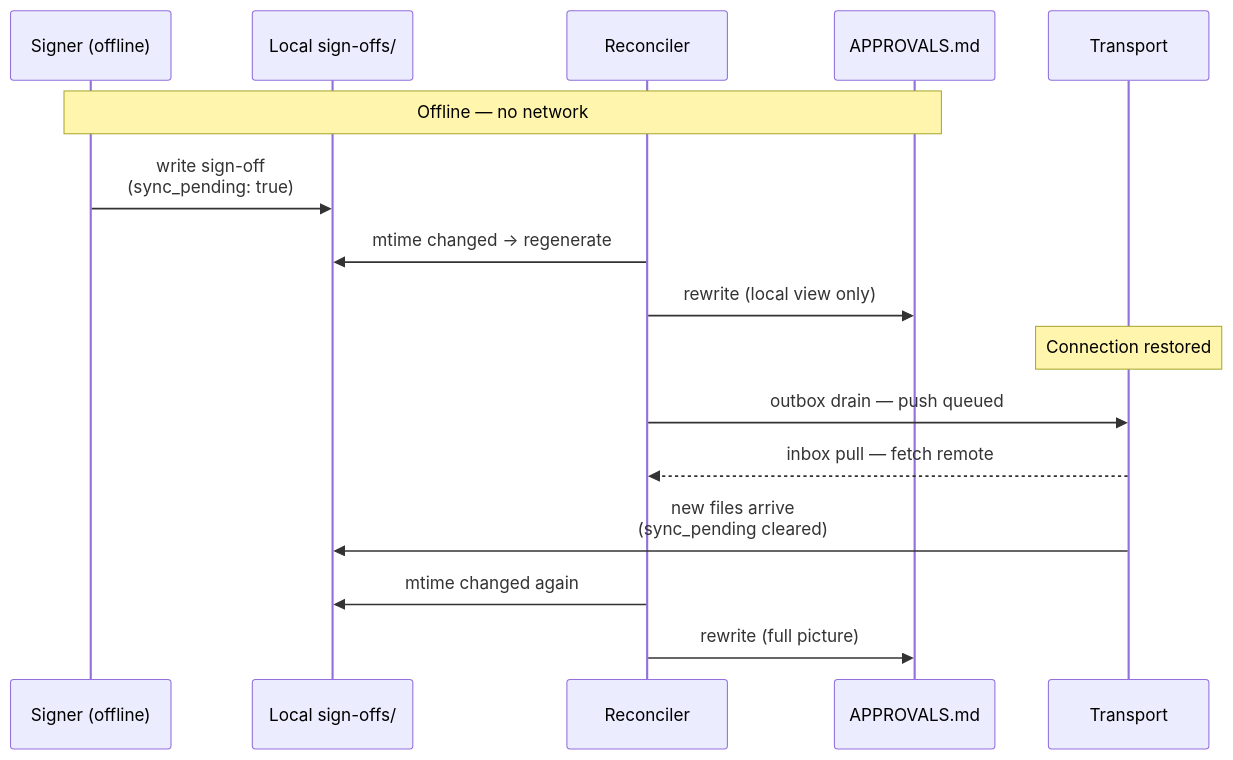
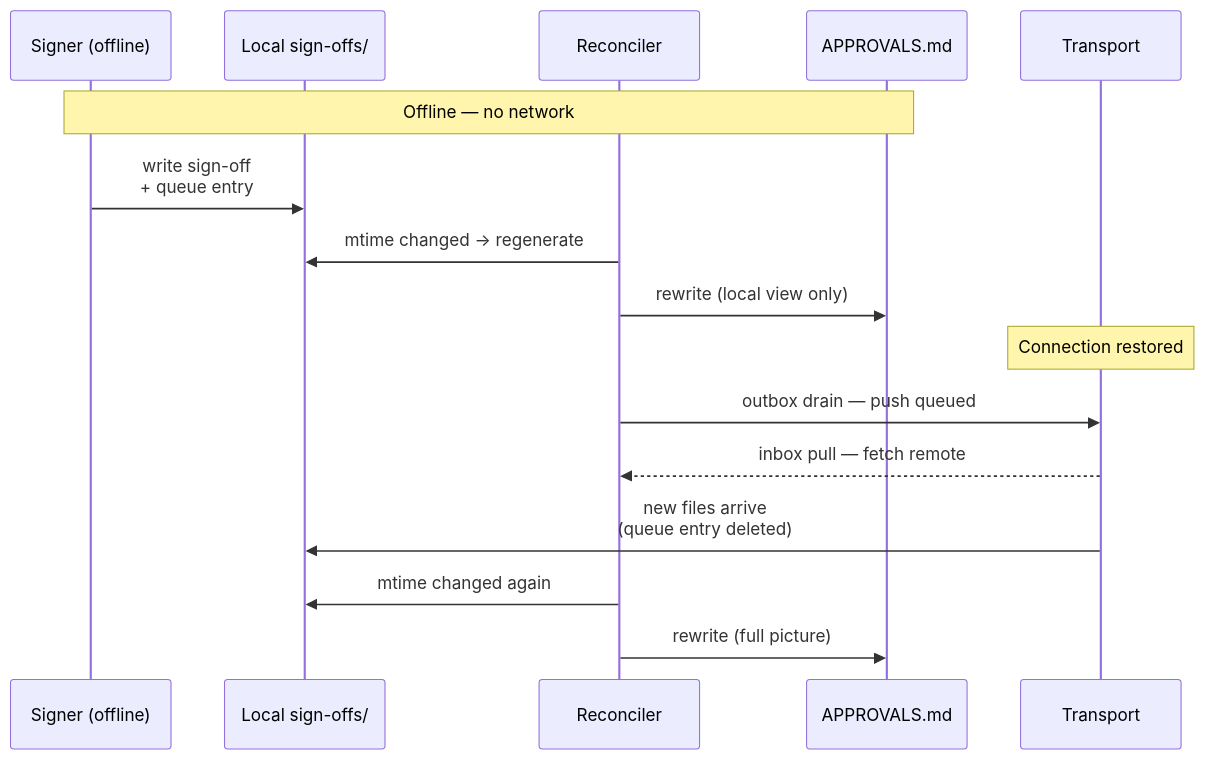
One commit to lantisprime/claude-sdlc changed the second of 2 diagrams in docs/rfcs/multi-team-approval.md. Above: the diagram before and after it, drawn with Mermaid. The commit also changed other lines of this file, not shown here.

````diff
--- a/docs/rfcs/multi-team-approval.md
+++ b/docs/rfcs/multi-team-approval.md
@@ -170,20 +165,20 @@
 ```mermaid
 sequenceDiagram
     participant S as Signer (offline)
     participant L as Local sign-offs/
     participant R as Reconciler
     participant A as APPROVALS.md
     participant T as Transport
 
     Note over S,A: Offline — no network
-    S->>L: write sign-off<br/>(sync_pending: true)
+    S->>L: write sign-off<br/>+ queue entry
     R->>L: mtime changed → regenerate
     R->>A: rewrite (local view only)
 
     Note over T: Connection restored
     R->>T: outbox drain — push queued
     T-->>R: inbox pull — fetch remote
-    T->>L: new files arrive<br/>(sync_pending cleared)
+    T->>L: new files arrive<br/>(queue entry deleted)
     R->>L: mtime changed again
     R->>A: rewrite (full picture)
 ```
````
